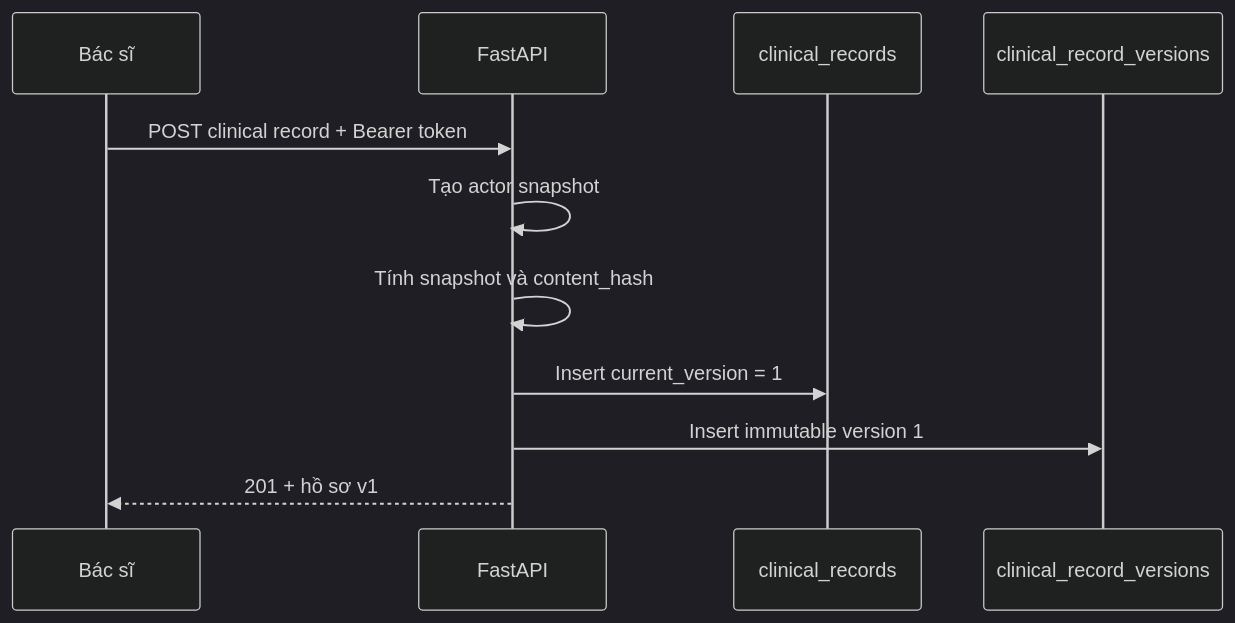
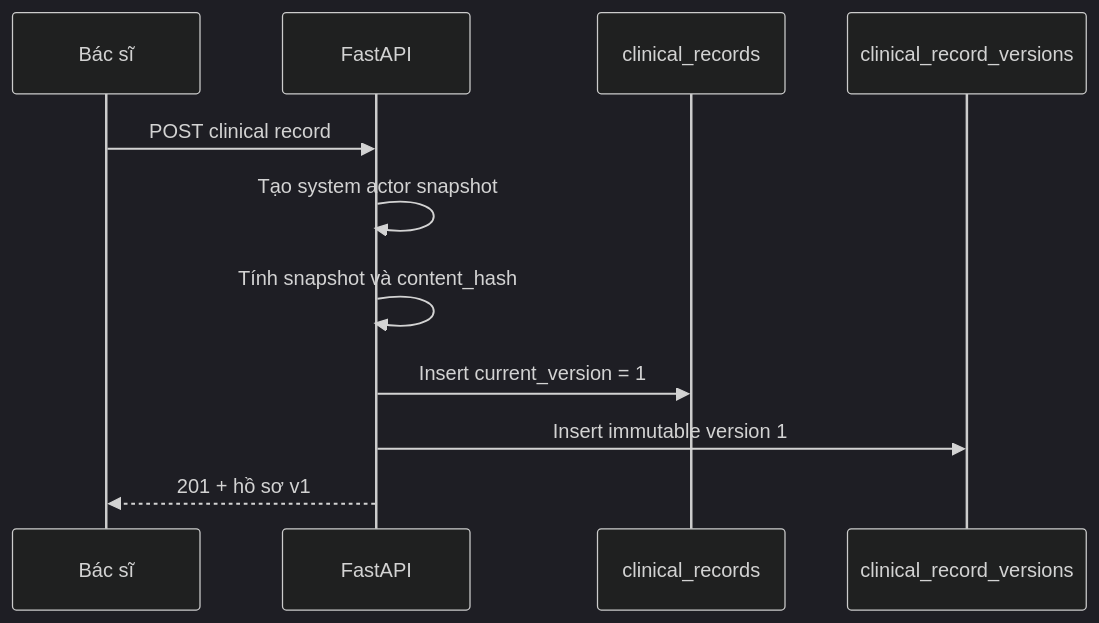
Before and after one commit to dquangai/thap-rua-clinical-copilot: the second of 2 diagrams in docs/document-versioning-ai-cache.md, drawn with Mermaid (dark theme). The commit also changed other lines of this file and 36 other files, not shown here.

````diff
--- a/docs/document-versioning-ai-cache.md
+++ b/docs/document-versioning-ai-cache.md
@@ -210,14 +210,14 @@
 ```mermaid
 sequenceDiagram
     participant D as Bác sĩ
     participant API as FastAPI
     participant C as clinical_records
     participant V as clinical_record_versions
 
-    D->>API: POST clinical record + Bearer token
-    API->>API: Tạo actor snapshot
+    D->>API: POST clinical record
+    API->>API: Tạo system actor snapshot
     API->>API: Tính snapshot và content_hash
     API->>C: Insert current_version = 1
     API->>V: Insert immutable version 1
     API-->>D: 201 + hồ sơ v1
 ```
````
